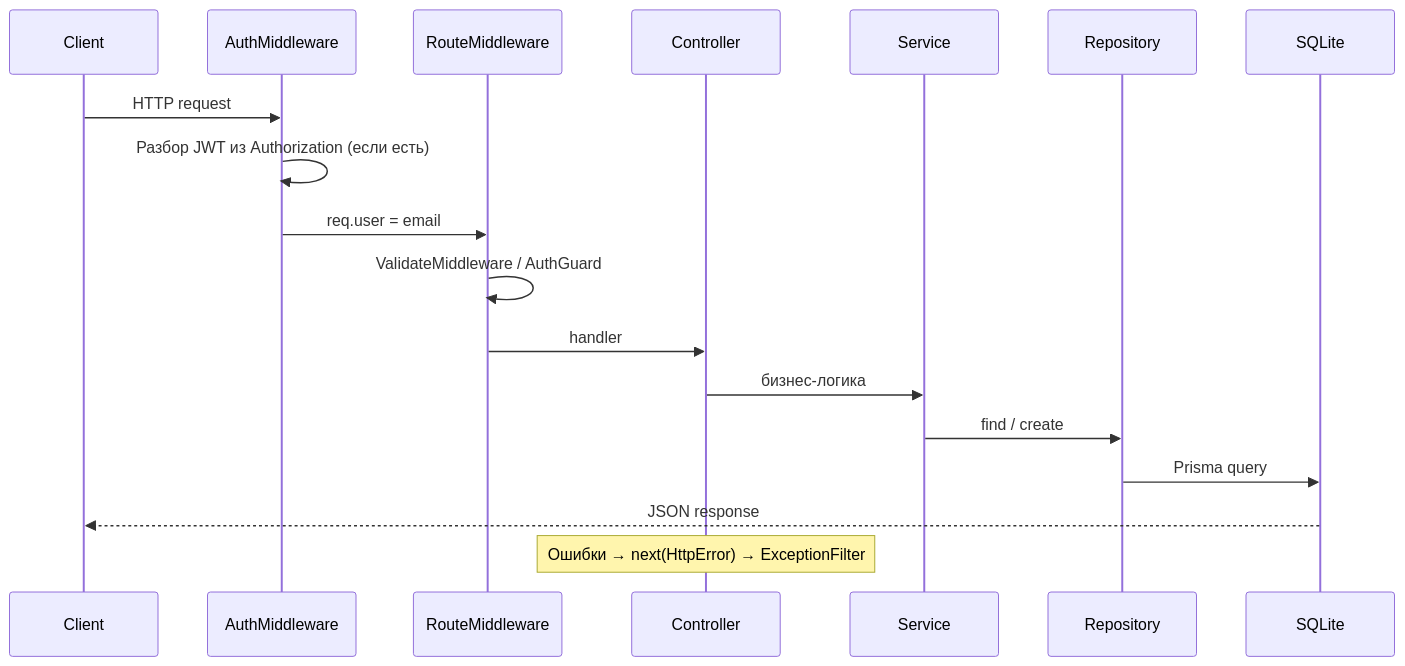
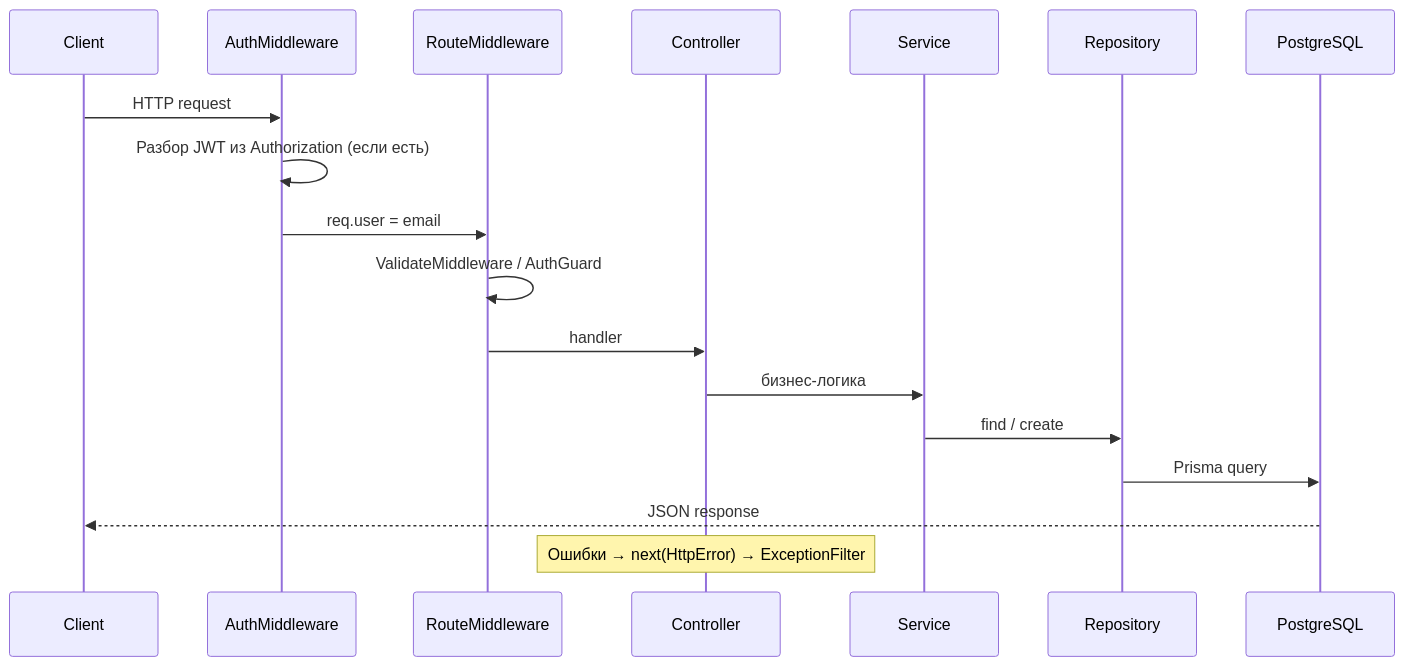
The second of 2 diagrams in ARCHITECTURE.md (olegLobov2802/express-app), drawn with Mermaid before and after one commit. The commit also changed other lines of this file and 8 other files, not shown here.

Commit message:
Migrate from SQLite to PostgreSQL with Docker Compose for local development.

````diff
--- a/ARCHITECTURE.md
+++ b/ARCHITECTURE.md
@@ -89,21 +90,21 @@
 ```mermaid
 sequenceDiagram
   participant Client
   participant AuthMW as AuthMiddleware
   participant RouteMW as RouteMiddleware
   participant Controller
   participant Service
   participant Repo as Repository
-  participant DB as SQLite
+  participant DB as PostgreSQL
 
   Client->>AuthMW: HTTP request
   AuthMW->>AuthMW: Разбор JWT из Authorization (если есть)
   AuthMW->>RouteMW: req.user = email
   RouteMW->>RouteMW: ValidateMiddleware / AuthGuard
   RouteMW->>Controller: handler
   Controller->>Service: бизнес-логика
   Service->>Repo: find / create
   Repo->>DB: Prisma query
   DB-->>Client: JSON response
   Note over Controller: Ошибки → next(HttpError) → ExceptionFilter
 ```
````
